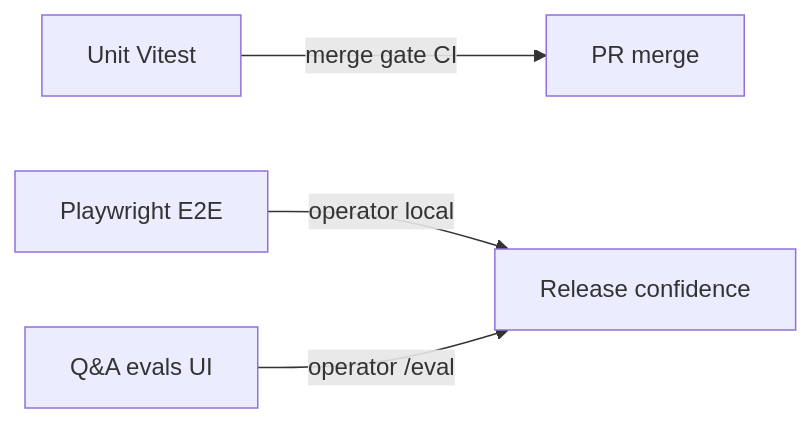
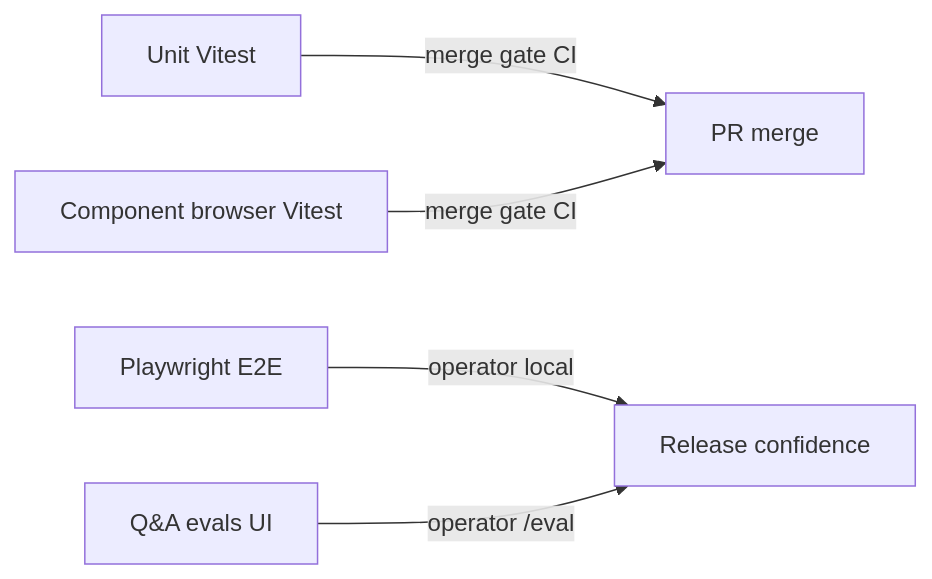
Before and after one commit to hikaru90/eigen: the diagram in docs/testing/README.md, drawn with Mermaid. The commit also changed other lines of this file and 40 other files, not shown here.

````diff
--- a/docs/testing/README.md
+++ b/docs/testing/README.md
@@ -22,9 +22,11 @@
 ```mermaid
 flowchart LR
   unit[Unit Vitest]
+  components[Component browser Vitest]
   e2e[Playwright E2E]
   evals[Q&A evals UI]
   unit -->|merge gate CI| merge[PR merge]
+  components -->|merge gate CI| merge
   e2e -->|operator local| ship[Release confidence]
   evals -->|operator /eval| ship
 ```
````
